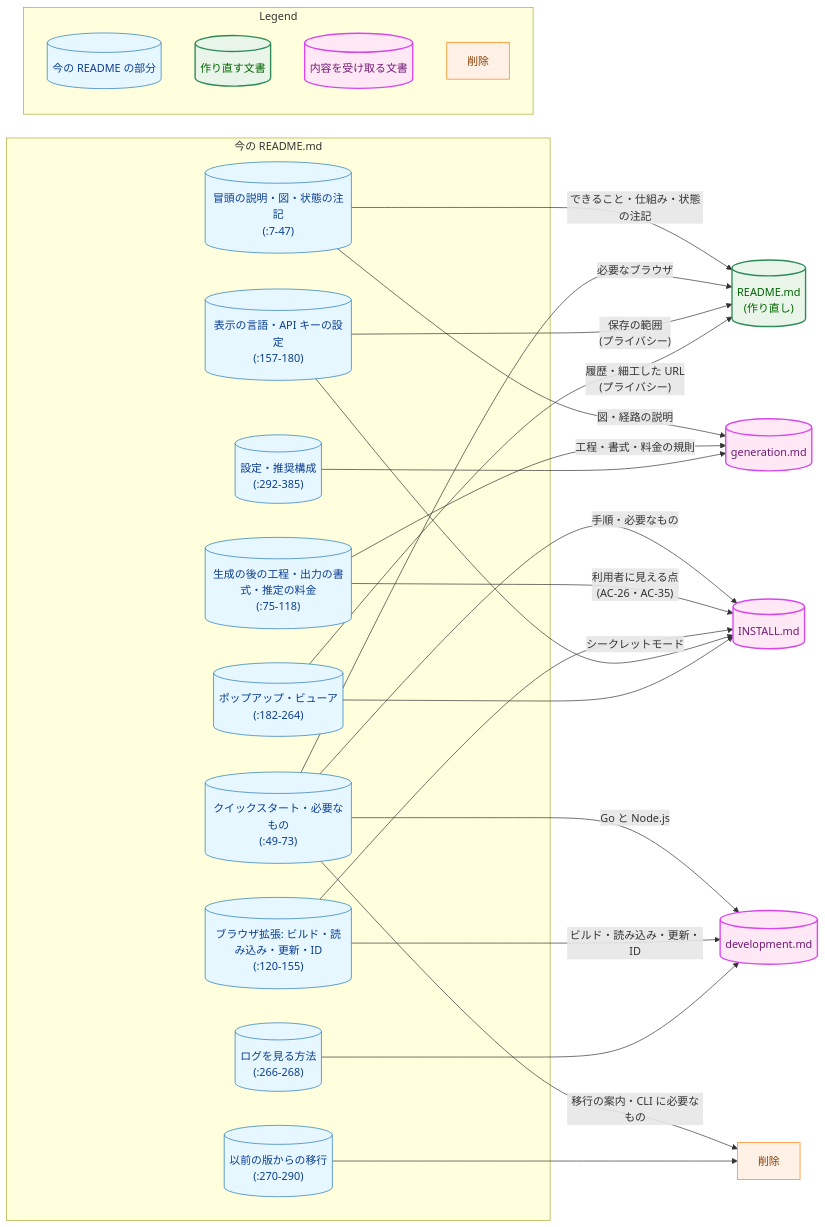
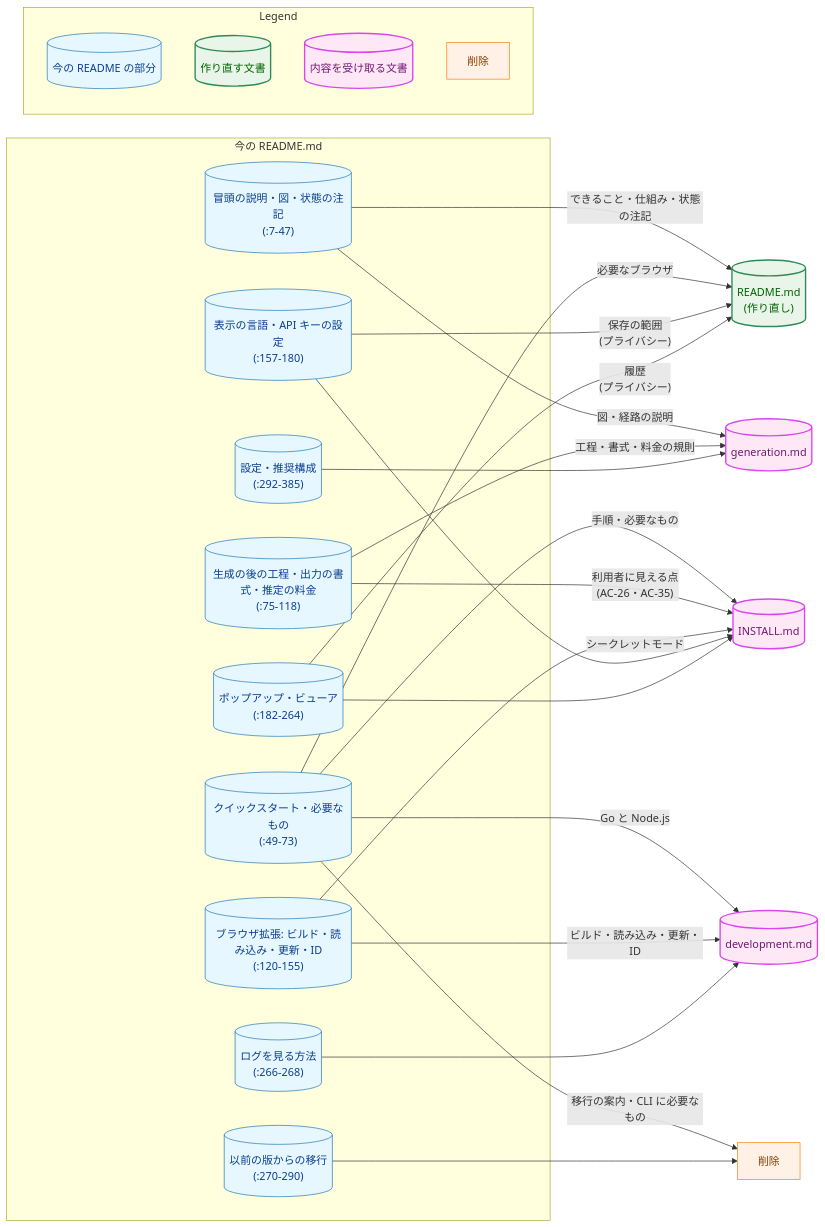
The third of 5 diagrams in docs/tasks/0116_user_readme/02_architecture.md (isseis/yt2column), drawn with Mermaid before and after one commit. The commit also changed other lines of this file and 8 other files, not shown here.

````diff
--- a/docs/tasks/0116_user_readme/02_architecture.md
+++ b/docs/tasks/0116_user_readme/02_architecture.md
@@ -206,59 +206,59 @@
 ```mermaid
 flowchart LR
     classDef data fill:#e6f7ff,stroke:#1f77b4,stroke-width:1px,color:#0b3d91;
     classDef process fill:#fff1e6,stroke:#ff7f0e,stroke-width:1px,color:#8a3e00;
     classDef enhanced fill:#e8f5e8,stroke:#2e8b57,stroke-width:2px,color:#006400;
     classDef newpkg fill:#ffe8f5,stroke:#d946ef,stroke-width:2px,color:#701a75;
 
     subgraph Old["今の README.md"]
         O1[("冒頭の説明・図・状態の注記<br>(:7-47)")]
         O2[("クイックスタート・必要なもの<br>(:49-73)")]
         O3[("生成の後の工程・出力の書式・推定の料金<br>(:75-118)")]
         O4[("ブラウザ拡張: ビルド・読み込み・更新・ID<br>(:120-155)")]
         O5[("表示の言語・API キーの設定<br>(:157-180)")]
         O6[("ポップアップ・ビューア<br>(:182-264)")]
         O7[("ログを見る方法<br>(:266-268)")]
         O8[("以前の版からの移行<br>(:270-290)")]
         O9[("設定・推奨構成<br>(:292-385)")]
     end
 
     NR[("README.md<br>(作り直し)")]
     NI[("INSTALL.md")]
     NG[("generation.md")]
     ND[("development.md")]
     DEL["削除"]
 
     O1 -->|"できること・仕組み・状態の注記"| NR
     O1 -->|"図・経路の説明"| NG
     O2 -->|"必要なブラウザ"| NR
     O2 -->|"手順・必要なもの"| NI
     O2 -->|"Go と Node.js"| ND
     O2 -->|"移行の案内・CLI に必要なもの"| DEL
     O3 -->|"工程・書式・料金の規則"| NG
     O3 -->|"利用者に見える点<br>(AC-26・AC-35)"| NI
     O4 -->|"ビルド・読み込み・更新・ID"| ND
     O4 -->|"シークレットモード"| NI
     O5 --> NI
     O5 -->|"保存の範囲<br>(プライバシー)"| NR
     O6 --> NI
-    O6 -->|"履歴・細工した URL<br>(プライバシー)"| NR
+    O6 -->|"履歴<br>(プライバシー)"| NR
     O7 --> ND
     O8 --> DEL
     O9 --> NG
 
     class O1,O2,O3,O4,O5,O6,O7,O8,O9 data
     class NR enhanced
     class NI,NG,ND newpkg
     class DEL process
 
     subgraph Legend["Legend"]
         L1[("今の README の部分")]
         L2[("作り直す文書")]
         L3[("内容を受け取る文書")]
         L4["削除"]
     end
     class L1 data
     class L2 enhanced
     class L3 newpkg
     class L4 process
 ```
````
